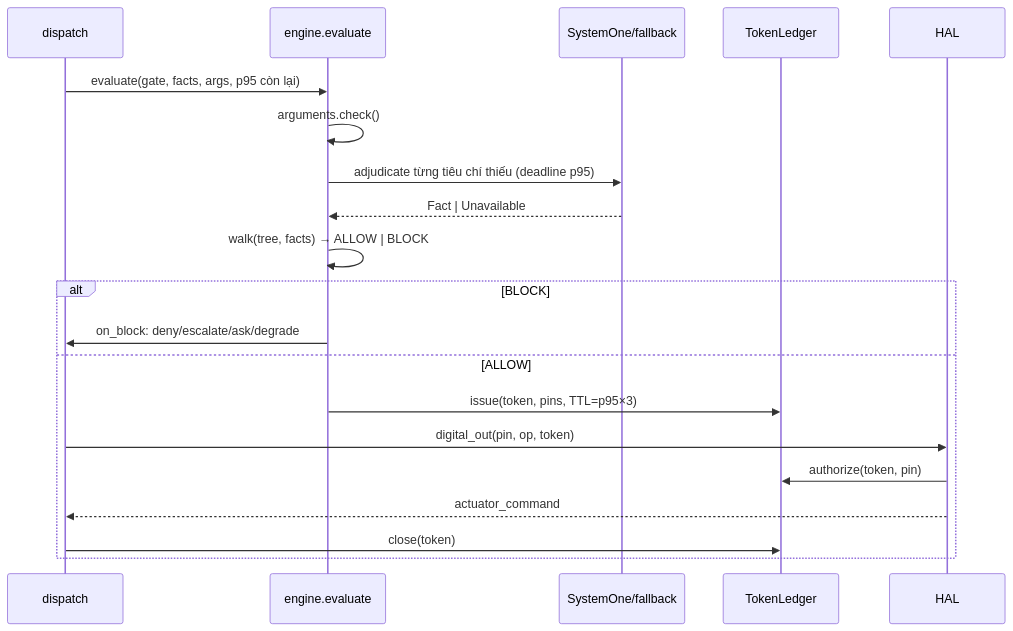
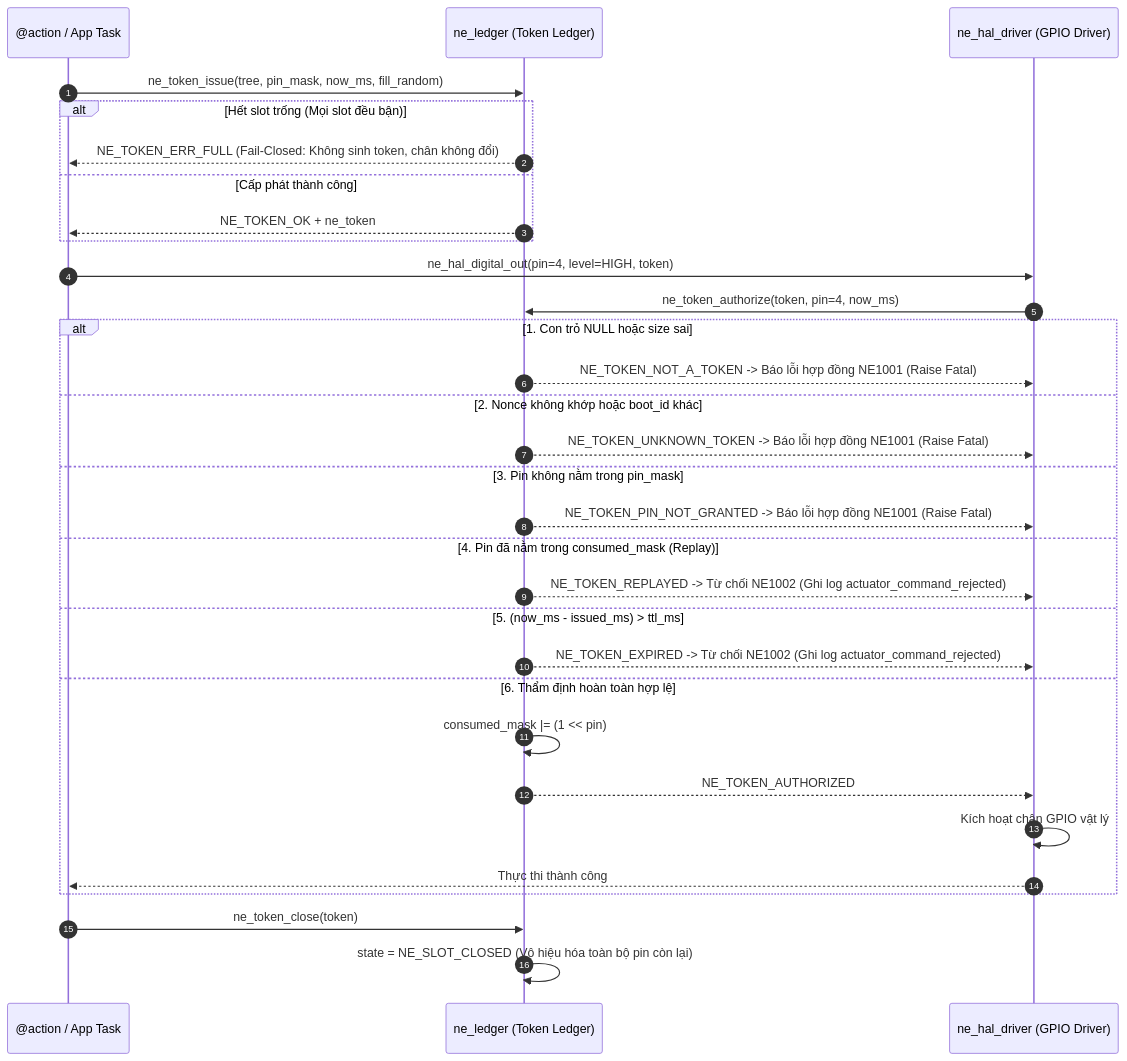
The fifth of 5 diagrams in docs/architecture/vi/05-code-gate-hal-c4l4.md (letrongminh/neuroedge-init), drawn with Mermaid before and after one commit. The commit also changed other lines of this file and 35 other files, not shown here.

First line of the commit message:
docs(architecture): comprehensive upgrade of architecture suite, Mermaid diagrams and vector posters

````diff
--- a/docs/architecture/vi/05-code-gate-hal-c4l4.md
+++ b/docs/architecture/vi/05-code-gate-hal-c4l4.md
@@ -28,22 +370,37 @@
 ```mermaid
 sequenceDiagram
-    participant D as dispatch
-    participant G as engine.evaluate
-    participant S as SystemOne/fallback
-    participant L as TokenLedger
-    participant H as HAL
-    D->>G: evaluate(gate, facts, args, p95 còn lại)
-    G->>G: arguments.check()
-    G->>S: adjudicate từng tiêu chí thiếu (deadline p95)
-    S-->>G: Fact | Unavailable
-    G->>G: walk(tree, facts) → ALLOW | BLOCK
-    alt BLOCK
-        G->>D: on_block: deny/escalate/ask/degrade
-    else ALLOW
-        G->>L: issue(token, pins, TTL=p95×3)
-        D->>H: digital_out(pin, op, token)
-        H->>L: authorize(token, pin)
-        H-->>D: actuator_command
-        D->>L: close(token)
+    autonumber
+    participant App as @action / App Task
+    participant L as ne_ledger (Token Ledger)
+    participant HAL as ne_hal_driver (GPIO Driver)
+    
+    App->>L: ne_token_issue(tree, pin_mask, now_ms, fill_random)
+    alt Hết slot trống (Mọi slot đều bận)
+        L-->>App: NE_TOKEN_ERR_FULL (Fail-Closed: Không sinh token, chân không đổi)
+    else Cấp phát thành công
+        L-->>App: NE_TOKEN_OK + ne_token
     end
+
+    App->>HAL: ne_hal_digital_out(pin=4, level=HIGH, token)
+    HAL->>L: ne_token_authorize(token, pin=4, now_ms)
+    
+    alt 1. Con trỏ NULL hoặc size sai
+        L-->>HAL: NE_TOKEN_NOT_A_TOKEN -> Báo lỗi hợp đồng NE1001 (Raise Fatal)
+    else 2. Nonce không khớp hoặc boot_id khác
+        L-->>HAL: NE_TOKEN_UNKNOWN_TOKEN -> Báo lỗi hợp đồng NE1001 (Raise Fatal)
+    else 3. Pin không nằm trong pin_mask
+        L-->>HAL: NE_TOKEN_PIN_NOT_GRANTED -> Báo lỗi hợp đồng NE1001 (Raise Fatal)
+    else 4. Pin đã nằm trong consumed_mask (Replay)
+        L-->>HAL: NE_TOKEN_REPLAYED -> Từ chối NE1002 (Ghi log actuator_command_rejected)
+    else 5. (now_ms - issued_ms) > ttl_ms
+        L-->>HAL: NE_TOKEN_EXPIRED -> Từ chối NE1002 (Ghi log actuator_command_rejected)
+    else 6. Thẩm định hoàn toàn hợp lệ
+        L->>L: consumed_mask |= (1 << pin)
+        L-->>HAL: NE_TOKEN_AUTHORIZED
+        HAL->>HAL: Kích hoạt chân GPIO vật lý
+        HAL-->>App: Thực thi thành công
+    end
+
+    App->>L: ne_token_close(token)
+    L->>L: state = NE_SLOT_CLOSED (Vô hiệu hóa toàn bộ pin còn lại)
 ```
````
